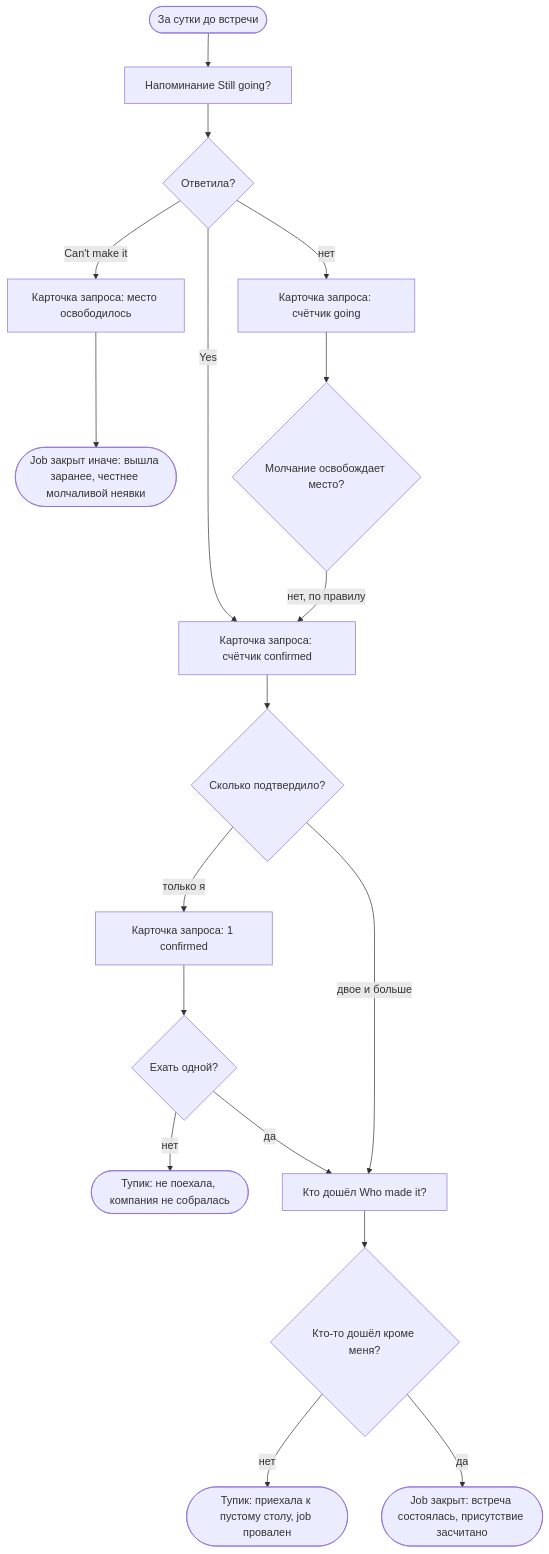
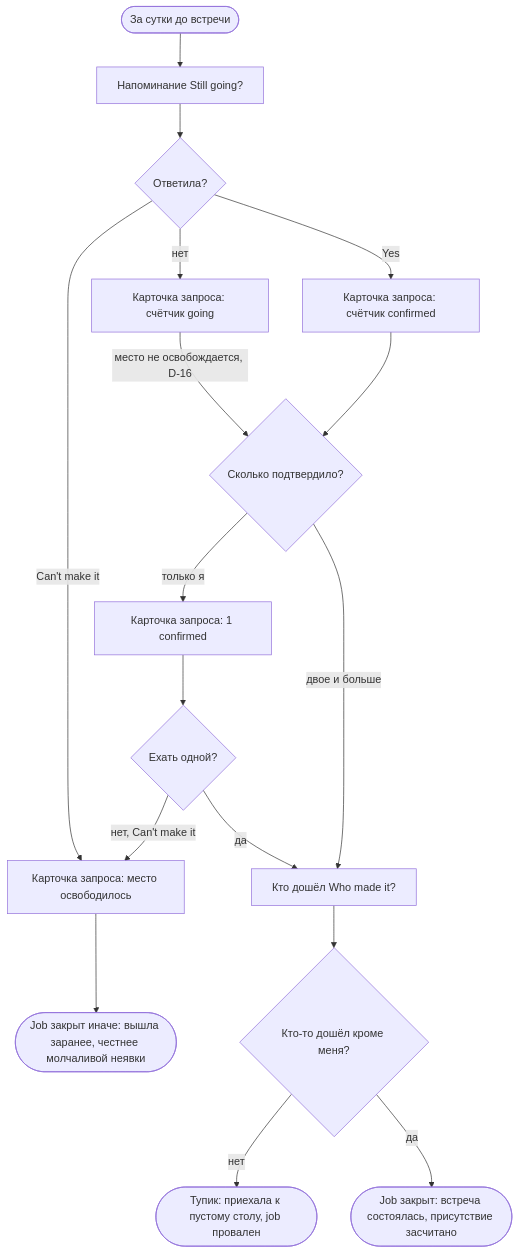
The fifth of 5 diagrams in flows.md (yulyaklim16-spec/meetmates), drawn with Mermaid before and after one commit. The commit also changed other lines of this file, not shown here.

First line of the commit message:
Ф1: flows without dead ends that are really returns

````diff
--- a/flows.md
+++ b/flows.md
@@ -599,24 +631,23 @@
 ```mermaid
 flowchart TD
     Start([За сутки до встречи]) --> Remind[Напоминание Still going?]
     Remind --> Answered{Ответила?}
 
     Answered -->|нет| Silent["Карточка запроса: счётчик going"]
     Answered -->|Can't make it| Freed["Карточка запроса: место освободилось"]
     Freed --> WinHonest(["Job закрыт иначе: вышла заранее, честнее молчаливой неявки"])
     Answered -->|Yes| Confirmed["Карточка запроса: счётчик confirmed"]
 
-    Silent --> SilenceFrees{Молчание освобождает место?}
-    SilenceFrees -->|нет, по правилу| Confirmed
+    Silent -->|место не освобождается, D-16| HowMany{Сколько подтвердило?}
 
-    Confirmed --> HowMany{Сколько подтвердило?}
+    Confirmed --> HowMany
     HowMany -->|только я| Alone["Карточка запроса: 1 confirmed"]
     Alone --> GoAlone{Ехать одной?}
-    GoAlone -->|нет| StuckNotGone(["Тупик: не поехала, компания не собралась"])
+    GoAlone -->|нет, Can't make it| Freed
     GoAlone -->|да| WhoMade
     HowMany -->|двое и больше| WhoMade[Кто дошёл Who made it?]
 
     WhoMade --> AnyoneElse{Кто-то дошёл кроме меня?}
     AnyoneElse -->|нет| StuckEmptyTable(["Тупик: приехала к пустому столу, job провален"])
     AnyoneElse -->|да| Win(["Job закрыт: встреча состоялась, присутствие засчитано"])
 ```
````
